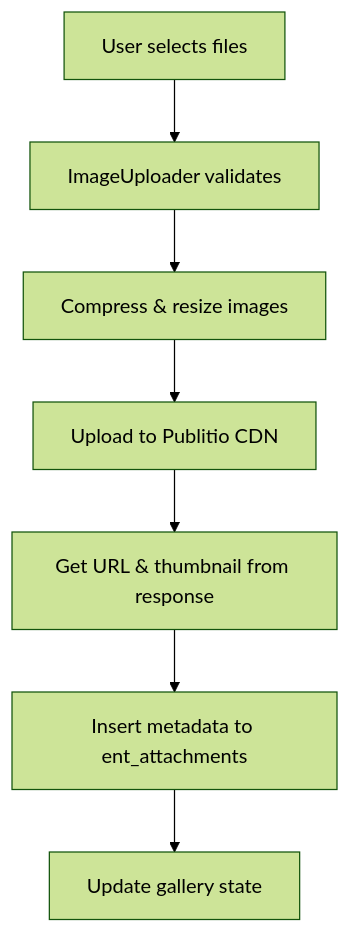
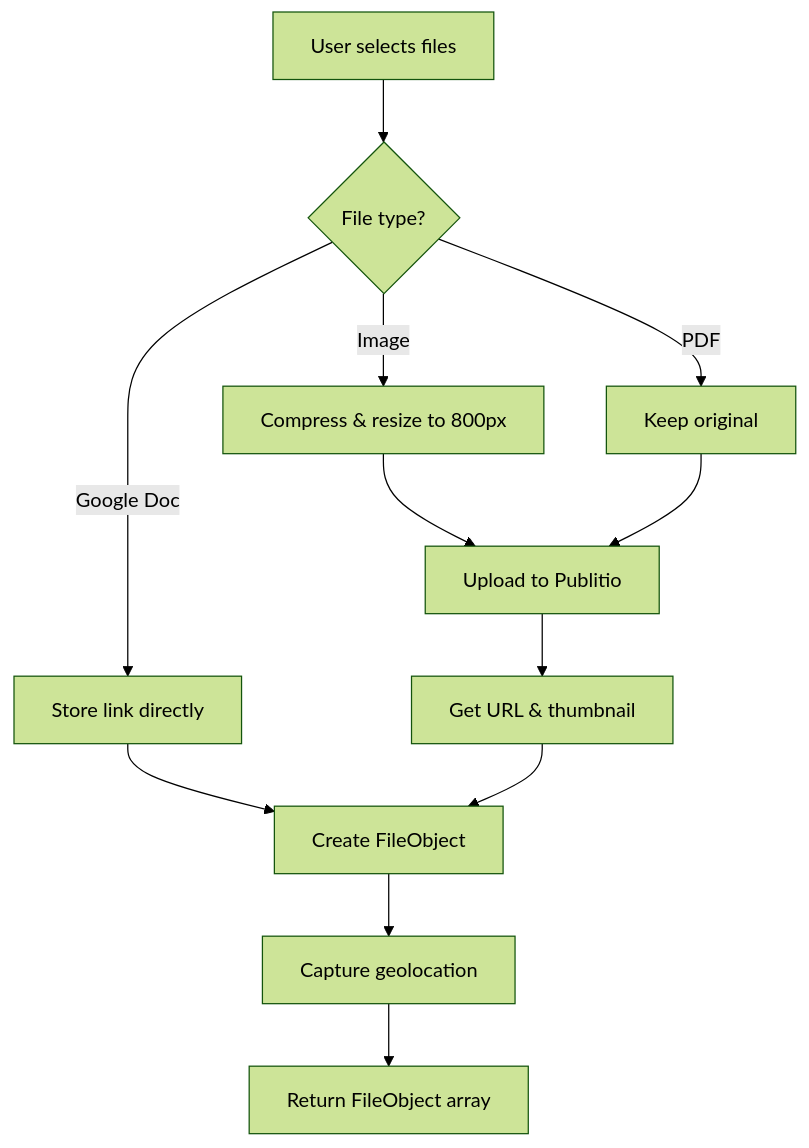
Before and after one commit to desfacss/vite_tanstack_zoworks_v2: the diagram in docs/frontend/patterns/entity-images.md, drawn with Mermaid (forest theme). The commit also changed other lines of this file and 13 other files, not shown here.

````diff
--- a/docs/frontend/patterns/entity-images.md
+++ b/docs/frontend/patterns/entity-images.md
@@ -19,9 +155,14 @@
 ```mermaid
 flowchart TD
-    A[User selects files] --> B[ImageUploader validates]
-    B --> C[Compress & resize images]
-    C --> D[Upload to Publitio CDN]
-    D --> E[Get URL & thumbnail from response]
-    E --> F[Insert metadata to ent_attachments]
-    F --> G[Update gallery state]
+    A[User selects files] --> B{File type?}
+    B -->|Image| C[Compress & resize to 800px]
+    B -->|PDF| D[Keep original]
+    B -->|Google Doc| E[Store link directly]
+    C --> F[Upload to Publitio]
+    D --> F
+    E --> G[Create FileObject]
+    F --> H[Get URL & thumbnail]
+    H --> G
+    G --> I[Capture geolocation]
+    I --> J[Return FileObject array]
 ```
````
